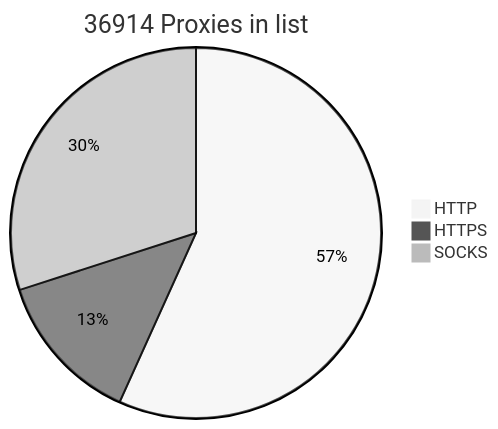
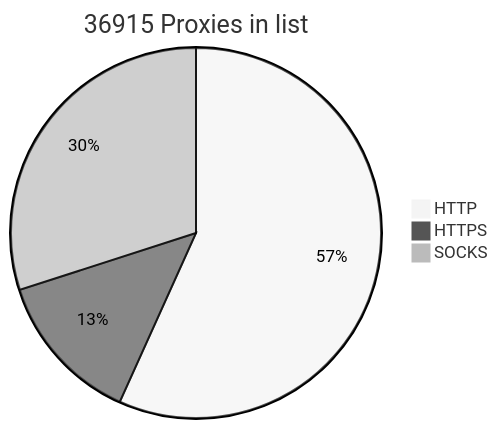
One commit to BlackSnowDot/proxylist-update-every-minute changed the diagram in README.md. Above: the diagram before and after it, drawn with Mermaid (neutral theme).

````diff
--- a/README.md
+++ b/README.md
@@ -2,6 +2,6 @@
 ```mermaid
-pie title 36914 Proxies in list
-    "HTTP" : 23286
-    "HTTPS": 5446
+pie title 36915 Proxies in list
+    "HTTP" : 23287
+    "HTTPS": 5451
     "SOCKS" : 12297
 ```
````
